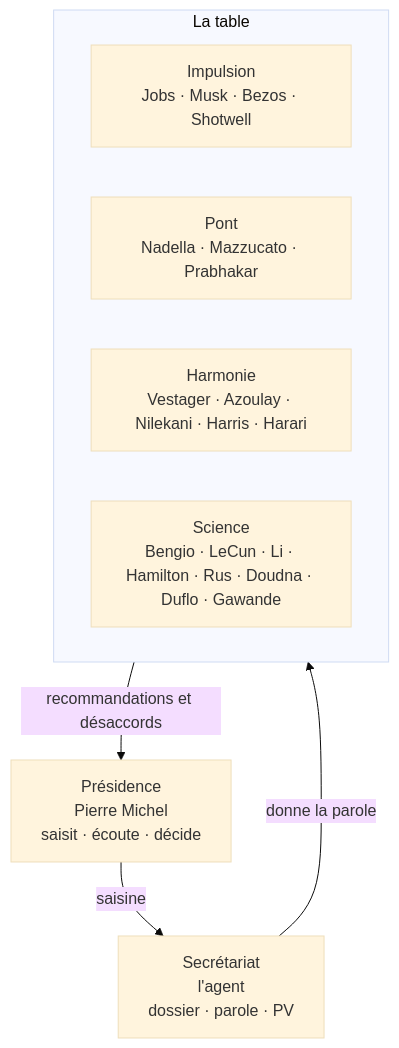
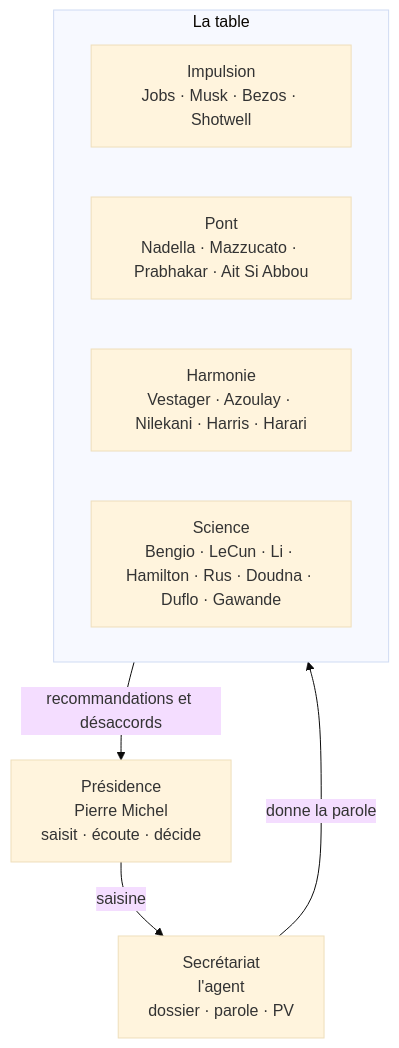
One commit to taskforce-project/taskforce-docs changed the diagram in recherche/conseil/README.md. Above: the diagram before and after it, drawn with Mermaid (base theme). The commit also changed other lines of this file and 8 other files, not shown here.

First line of the commit message:
docs(recherche): first session of the Conseil d'Avenir, Kenza Ait Si Abbou joins

````diff
--- a/recherche/conseil/README.md
+++ b/recherche/conseil/README.md
@@ -61,14 +61,14 @@
 ```mermaid
 flowchart TB
   P["Présidence<br/>Pierre Michel<br/>saisit · écoute · décide"]
   S["Secrétariat<br/>l'agent<br/>dossier · parole · PV"]
   subgraph T["La table"]
     I["Impulsion<br/>Jobs · Musk · Bezos · Shotwell"]
-    B["Pont<br/>Nadella · Mazzucato · Prabhakar"]
+    B["Pont<br/>Nadella · Mazzucato · Prabhakar · Ait Si Abbou"]
     H["Harmonie<br/>Vestager · Azoulay · Nilekani · Harris · Harari"]
     C["Science<br/>Bengio · LeCun · Li · Hamilton · Rus · Doudna · Duflo · Gawande"]
   end
   P -- "saisine" --> S
   S -- "donne la parole" --> T
   T -- "recommandations et désaccords" --> P
 ```
````
